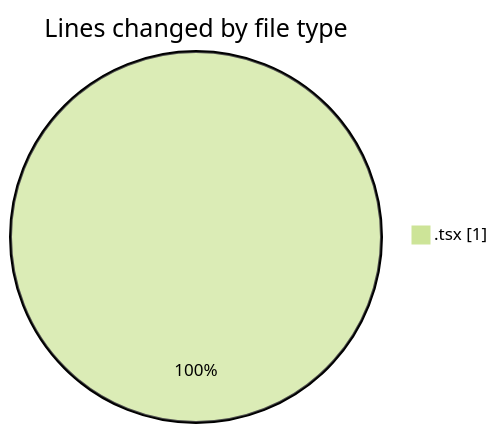
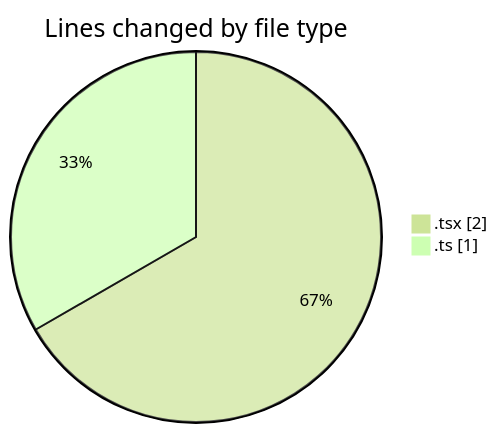
Before and after one commit to robertbonfada/code-tracking: the first of 2 diagrams in 2025-01-29/mbc-web/README.md, drawn with Mermaid (forest theme). The commit also changed other lines of this file and 1 other file, not shown here.

````diff
--- a/2025-01-29/mbc-web/README.md
+++ b/2025-01-29/mbc-web/README.md
@@ -20,5 +21,6 @@
 ```mermaid
 pie showData
 title Lines changed by file type
-".tsx" : 1
+".tsx" : 2
+".ts" : 1
 ```
````
